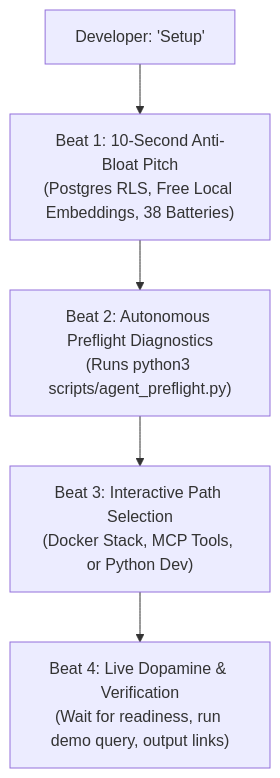
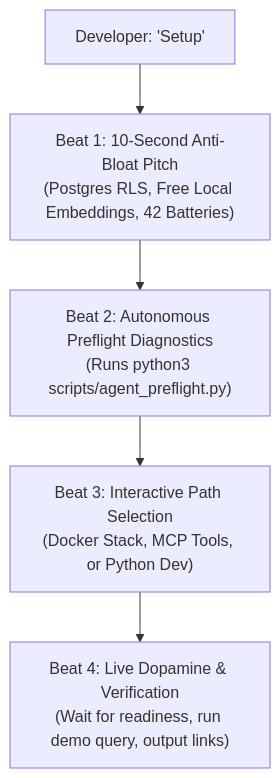
Before and after one commit to prat3010/retriever: the diagram in docs/guides/AI_NATIVE_ONBOARDING.md, drawn with Mermaid. The commit also changed 8 other files, not shown here.

Commit message:
docs: update changelog, roadmap, and batteries to v2.7.0 (M128-M129)

````diff
--- a/docs/guides/AI_NATIVE_ONBOARDING.md
+++ b/docs/guides/AI_NATIVE_ONBOARDING.md
@@ -15,7 +15,7 @@
 ```mermaid
 flowchart TD
-    User["Developer: 'Setup'"] --> Beat1["Beat 1: 10-Second Anti-Bloat Pitch<br/>(Postgres RLS, Free Local Embeddings, 38 Batteries)"]
+    User["Developer: 'Setup'"] --> Beat1["Beat 1: 10-Second Anti-Bloat Pitch<br/>(Postgres RLS, Free Local Embeddings, 42 Batteries)"]
     Beat1 --> Beat2["Beat 2: Autonomous Preflight Diagnostics<br/>(Runs python3 scripts/agent_preflight.py)"]
     Beat2 --> Beat3["Beat 3: Interactive Path Selection<br/>(Docker Stack, MCP Tools, or Python Dev)"]
     Beat3 --> Beat4["Beat 4: Live Dopamine & Verification<br/>(Wait for readiness, run demo query, output links)"]
 ```
````
